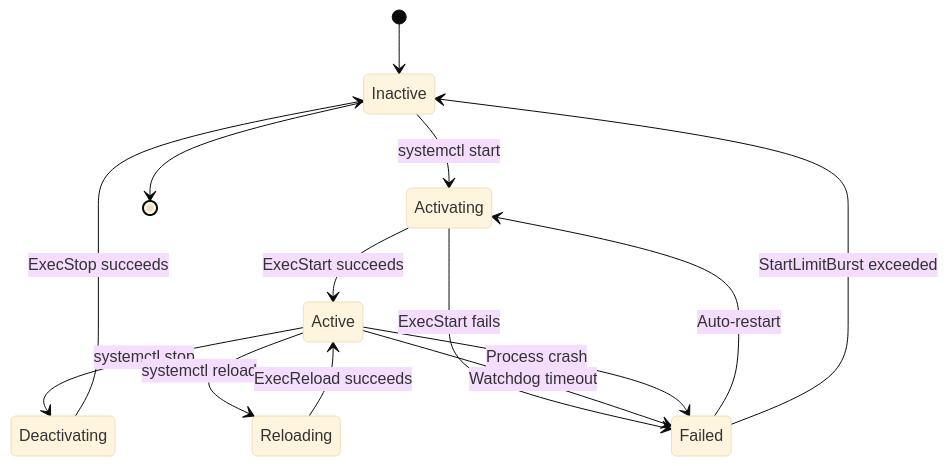
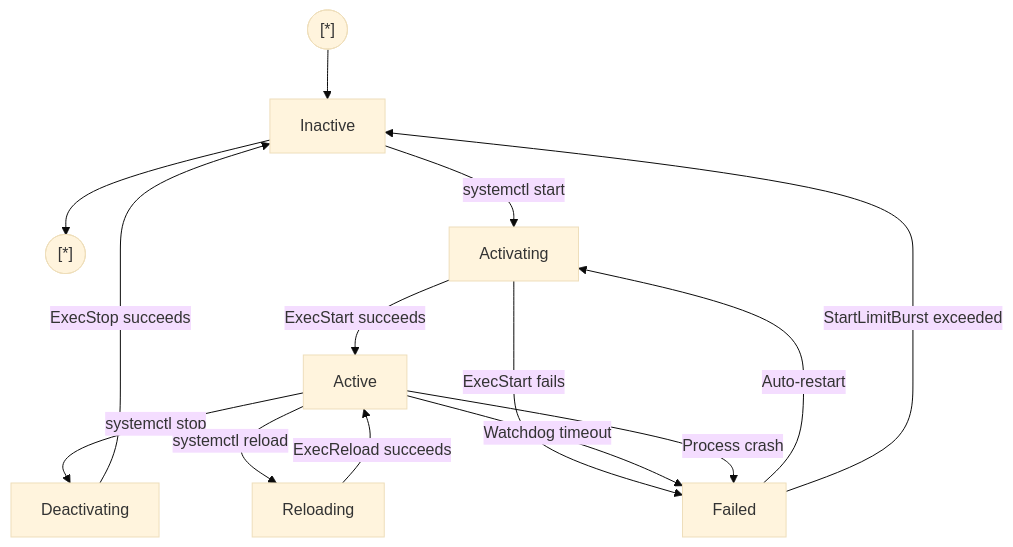
One commit to blebleblee/synapse changed the fifth of 5 diagrams in topics/computing/infrastructure/automation/labs.md. Above: the diagram before and after it, drawn with Mermaid (base theme). The commit also changed 1464 other files, not shown here.

Commit message:
feat(release): curriculum vector mermaid upgrade, render hardening, and master synpack

````diff
--- a/topics/computing/infrastructure/automation/labs.md
+++ b/topics/computing/infrastructure/automation/labs.md
@@ -1856,21 +1856,21 @@
 ```mermaid
-stateDiagram-v2
-    [*] --> Inactive
-    Inactive --> Activating: systemctl start
-    Activating --> Active: ExecStart succeeds
-    Activating --> Failed: ExecStart fails
-    
-    Active --> Deactivating: systemctl stop
-    Active --> Reloading: systemctl reload
-    Active --> Failed: Watchdog timeout
-    Active --> Failed: Process crash
-    
-    Reloading --> Active: ExecReload succeeds
-    
-    Failed --> Activating: Auto-restart
-    Failed --> Inactive: StartLimitBurst exceeded
-    
-    Deactivating --> Inactive: ExecStop succeeds
-    
-    Inactive --> [*]
+flowchart TD
+    Start(["[*]"]) --> Inactive["Inactive"]
+    Inactive --> End(["[*]"])
+
+    Inactive -->|"systemctl start"| Activating["Activating"]
+    Activating -->|"ExecStart succeeds"| Active["Active"]
+    Activating -->|"ExecStart fails"| Failed["Failed"]
+
+    Active -->|"systemctl stop"| Deactivating["Deactivating"]
+    Active -->|"systemctl reload"| Reloading["Reloading"]
+    Active -->|"Watchdog timeout"| Failed
+    Active -->|"Process crash"| Failed
+
+    Reloading -->|"ExecReload succeeds"| Active
+
+    Failed -->|Auto-restart| Activating
+    Failed -->|"StartLimitBurst exceeded"| Inactive
+
+    Deactivating -->|"ExecStop succeeds"| Inactive
 ```
````
